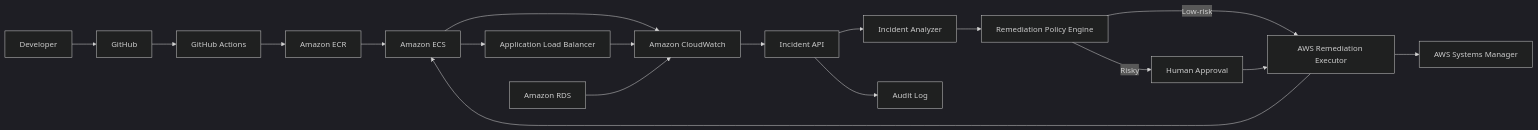
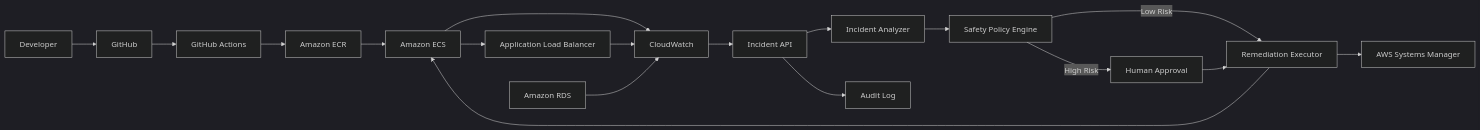
Before and after one commit to RahulSinha9/AWS-DevOps-Incident-Auto-Remediation-Platform: the diagram in README.md, drawn with Mermaid (dark theme). The commit also changed other lines of this file, not shown here.

````diff
--- a/README.md
+++ b/README.md
@@ -9,20 +92,25 @@
 ```mermaid
 flowchart LR
     DEV[Developer] --> GH[GitHub]
     GH --> CI[GitHub Actions]
     CI --> ECR[Amazon ECR]
     ECR --> ECS[Amazon ECS]
+
     ECS --> ALB[Application Load Balancer]
-    ECS --> CW[Amazon CloudWatch]
+    ECS --> CW[CloudWatch]
     ALB --> CW
     RDS[Amazon RDS] --> CW
+
     CW --> API[Incident API]
-    API --> AI[Incident Analyzer]
-    AI --> POLICY[Remediation Policy Engine]
-    POLICY -->|Low-risk| EXEC[AWS Remediation Executor]
-    POLICY -->|Risky| APPROVAL[Human Approval]
-    APPROVAL --> EXEC
-    EXEC --> ECS
-    EXEC --> SSM[AWS Systems Manager]
+    API --> ANALYZER[Incident Analyzer]
+    ANALYZER --> POLICY[Safety Policy Engine]
+
+    POLICY -->|Low Risk| REM[Remediation Executor]
+    POLICY -->|High Risk| APPROVAL[Human Approval]
+
+    APPROVAL --> REM
+    REM --> ECS
+    REM --> SSM[AWS Systems Manager]
+
     API --> AUDIT[Audit Log]
 ```
````
